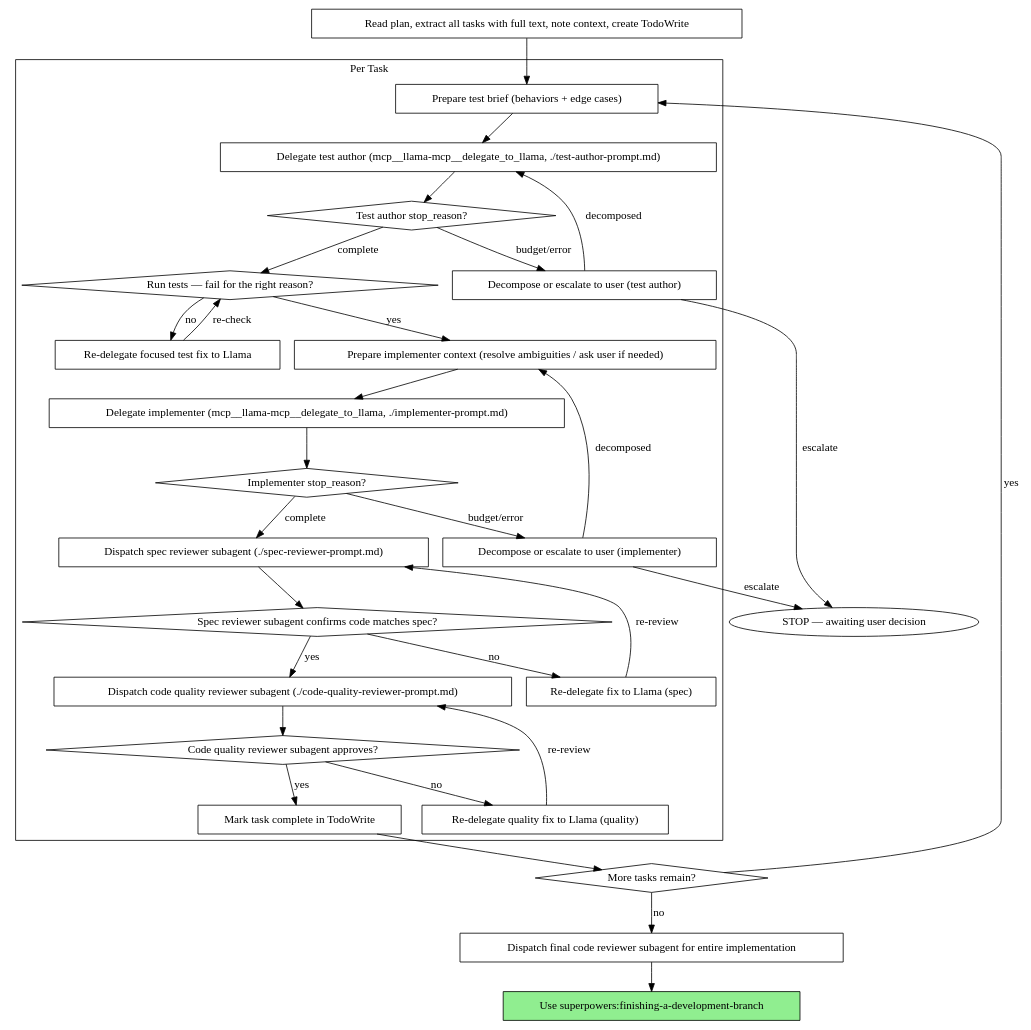
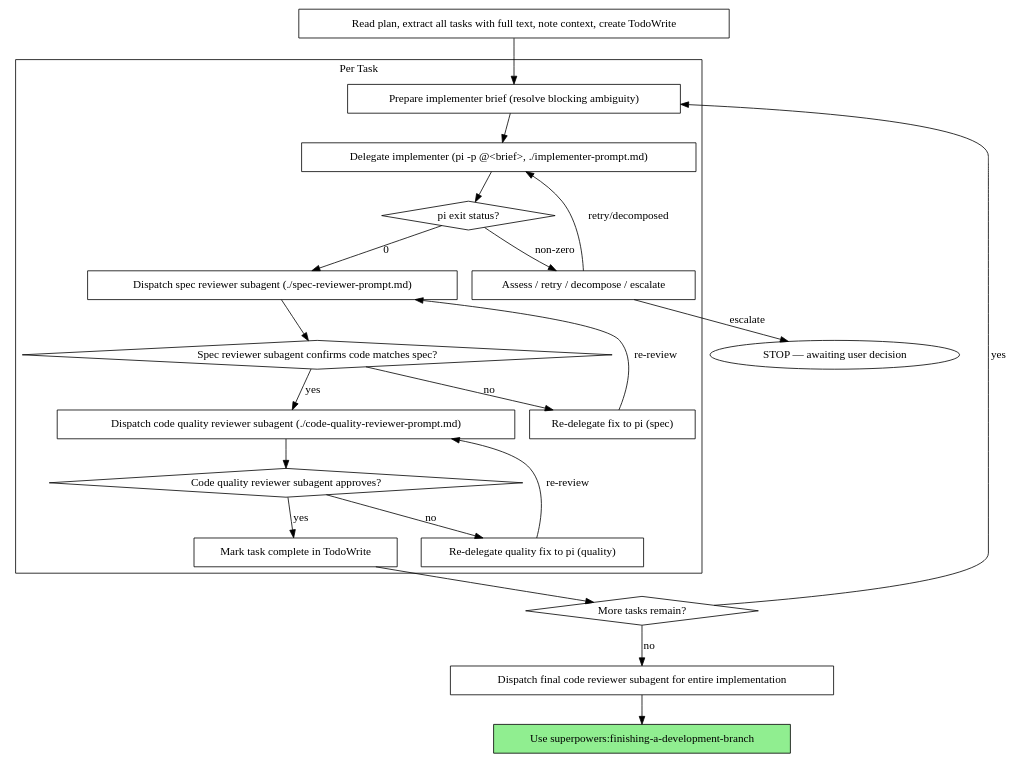
One commit to corporealshift/superpowers changed the second of 2 diagrams in skills/subagent-driven-development/SKILL.md. Above: the diagram before and after it, drawn with Graphviz. The commit also changed other lines of this file, not shown here.

Commit message:
feat: migrate subagent-driven-development to pi delegation

````diff
--- a/skills/subagent-driven-development/SKILL.md
+++ b/skills/subagent-driven-development/SKILL.md
@@ -44,60 +44,45 @@
 ```dot
 digraph process {
     rankdir=TB;
 
     subgraph cluster_per_task {
         label="Per Task";
-        "Prepare test brief (behaviors + edge cases)" [shape=box];
-        "Delegate test author (mcp__llama-mcp__delegate_to_llama, ./test-author-prompt.md)" [shape=box];
-        "Test author stop_reason?" [shape=diamond];
-        "Decompose or escalate to user (test author)" [shape=box];
-        "Run tests — fail for the right reason?" [shape=diamond];
-        "Re-delegate focused test fix to Llama" [shape=box];
-        "Prepare implementer context (resolve ambiguities / ask user if needed)" [shape=box];
-        "Delegate implementer (mcp__llama-mcp__delegate_to_llama, ./implementer-prompt.md)" [shape=box];
-        "Implementer stop_reason?" [shape=diamond];
-        "Decompose or escalate to user (implementer)" [shape=box];
+        "Prepare implementer brief (resolve blocking ambiguity)" [shape=box];
+        "Delegate implementer (pi -p @<brief>, ./implementer-prompt.md)" [shape=box];
+        "pi exit status?" [shape=diamond];
+        "Assess / retry / decompose / escalate" [shape=box];
         "Dispatch spec reviewer subagent (./spec-reviewer-prompt.md)" [shape=box];
         "Spec reviewer subagent confirms code matches spec?" [shape=diamond];
-        "Re-delegate fix to Llama (spec)" [shape=box];
+        "Re-delegate fix to pi (spec)" [shape=box];
         "Dispatch code quality reviewer subagent (./code-quality-reviewer-prompt.md)" [shape=box];
         "Code quality reviewer subagent approves?" [shape=diamond];
-        "Re-delegate quality fix to Llama (quality)" [shape=box];
+        "Re-delegate quality fix to pi (quality)" [shape=box];
         "Mark task complete in TodoWrite" [shape=box];
     }
 
     "Read plan, extract all tasks with full text, note context, create TodoWrite" [shape=box];
     "More tasks remain?" [shape=diamond];
     "Dispatch final code reviewer subagent for entire implementation" [shape=box];
     "Use superpowers:finishing-a-development-branch" [shape=box style=filled fillcolor=lightgreen];
 
-    "Read plan, extract all tasks with full text, note context, create TodoWrite" -> "Prepare test brief (behaviors + edge cases)";
-    "Prepare test brief (behaviors + edge cases)" -> "Delegate test author (mcp__llama-mcp__delegate_to_llama, ./test-author-prompt.md)";
-    "Delegate test author (mcp__llama-mcp__delegate_to_llama, ./test-author-prompt.md)" -> "Test author stop_reason?";
-    "Test author stop_reason?" -> "Decompose or escalate to user (test author)" [label="budget/error"];
-    "Decompose or escalate to user (test author)" -> "Delegate test author (mcp__llama-mcp__delegate_to_llama, ./test-author-prompt.md)" [label="decomposed"];
-    "Decompose or escalate to user (test author)" -> "STOP — awaiting user decision" [label="escalate"];
-    "Test author stop_reason?" -> "Run tests — fail for the right reason?" [label="complete"];
-    "Run tests — fail for the right reason?" -> "Re-delegate focused test fix to Llama" [label="no"];
-    "Re-delegate focused test fix to Llama" -> "Run tests — fail for the right reason?" [label="re-check"];
-    "Run tests — fail for the right reason?" -> "Prepare implementer context (resolve ambiguities / ask user if needed)" [label="yes"];
-    "Prepare implementer context (resolve ambiguities / ask user if needed)" -> "Delegate implementer (mcp__llama-mcp__delegate_to_llama, ./implementer-prompt.md)";
-    "Delegate implementer (mcp__llama-mcp__delegate_to_llama, ./implementer-prompt.md)" -> "Implementer stop_reason?";
-    "Implementer stop_reason?" -> "Decompose or escalate to user (implementer)" [label="budget/error"];
-    "Decompose or escalate to user (implementer)" -> "Prepare implementer context (resolve ambiguities / ask user if needed)" [label="decomposed"];
-    "Decompose or escalate to user (implementer)" -> "STOP — awaiting user decision" [label="escalate"];
-    "Implementer stop_reason?" -> "Dispatch spec reviewer subagent (./spec-reviewer-prompt.md)" [label="complete"];
+    "Read plan, extract all tasks with full text, note context, create TodoWrite" -> "Prepare implementer brief (resolve blocking ambiguity)";
+    "Prepare implementer brief (resolve blocking ambiguity)" -> "Delegate implementer (pi -p @<brief>, ./implementer-prompt.md)";
+    "Delegate implementer (pi -p @<brief>, ./implementer-prompt.md)" -> "pi exit status?";
+    "pi exit status?" -> "Assess / retry / decompose / escalate" [label="non-zero"];
+    "Assess / retry / decompose / escalate" -> "Delegate implementer (pi -p @<brief>, ./implementer-prompt.md)" [label="retry/decomposed"];
+    "Assess / retry / decompose / escalate" -> "STOP — awaiting user decision" [label="escalate"];
+    "pi exit status?" -> "Dispatch spec reviewer subagent (./spec-reviewer-prompt.md)" [label="0"];
     "Dispatch spec reviewer subagent (./spec-reviewer-prompt.md)" -> "Spec reviewer subagent confirms code matches spec?";
-    "Spec reviewer subagent confirms code matches spec?" -> "Re-delegate fix to Llama (spec)" [label="no"];
-    "Re-delegate fix to Llama (spec)" -> "Dispatch spec reviewer subagent (./spec-reviewer-prompt.md)" [label="re-review"];
+    "Spec reviewer subagent confirms code matches spec?" -> "Re-delegate fix to pi (spec)" [label="no"];
+    "Re-delegate fix to pi (spec)" -> "Dispatch spec reviewer subagent (./spec-reviewer-prompt.md)" [label="re-review"];
     "Spec reviewer subagent confirms code matches spec?" -> "Dispatch code quality reviewer subagent (./code-quality-reviewer-prompt.md)" [label="yes"];
     "Dispatch code quality reviewer subagent (./code-quality-reviewer-prompt.md)" -> "Code quality reviewer subagent approves?";
-    "Code quality reviewer subagent approves?" -> "Re-delegate quality fix to Llama (quality)" [label="no"];
-    "Re-delegate quality fix to Llama (quality)" -> "Dispatch code quality reviewer subagent (./code-quality-reviewer-prompt.md)" [label="re-review"];
+    "Code quality reviewer subagent approves?" -> "Re-delegate quality fix to pi (quality)" [label="no"];
+    "Re-delegate quality fix to pi (quality)" -> "Dispatch code quality reviewer subagent (./code-quality-reviewer-prompt.md)" [label="re-review"];
     "Code quality reviewer subagent approves?" -> "Mark task complete in TodoWrite" [label="yes"];
     "Mark task complete in TodoWrite" -> "More tasks remain?";
-    "More tasks remain?" -> "Prepare test brief (behaviors + edge cases)" [label="yes"];
+    "More tasks remain?" -> "Prepare implementer brief (resolve blocking ambiguity)" [label="yes"];
     "More tasks remain?" -> "Dispatch final code reviewer subagent for entire implementation" [label="no"];
     "Dispatch final code reviewer subagent for entire implementation" -> "Use superpowers:finishing-a-development-branch";
 }
 ```
````
